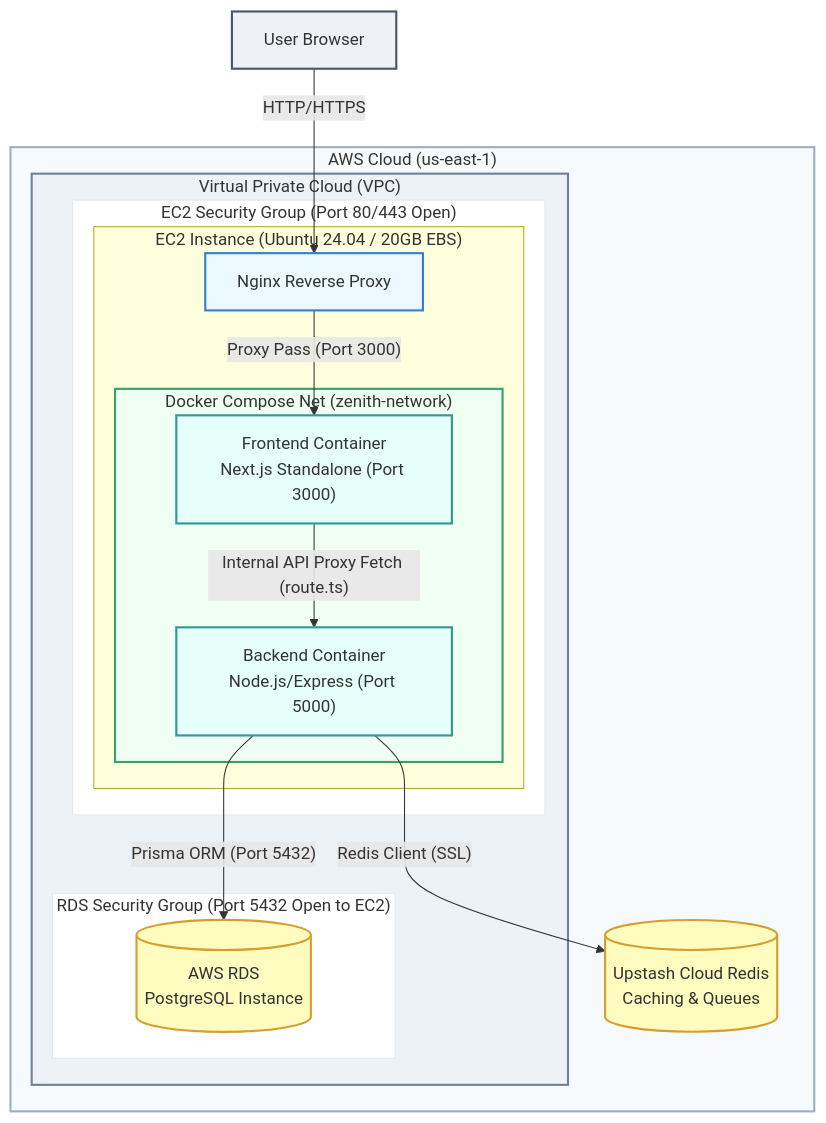
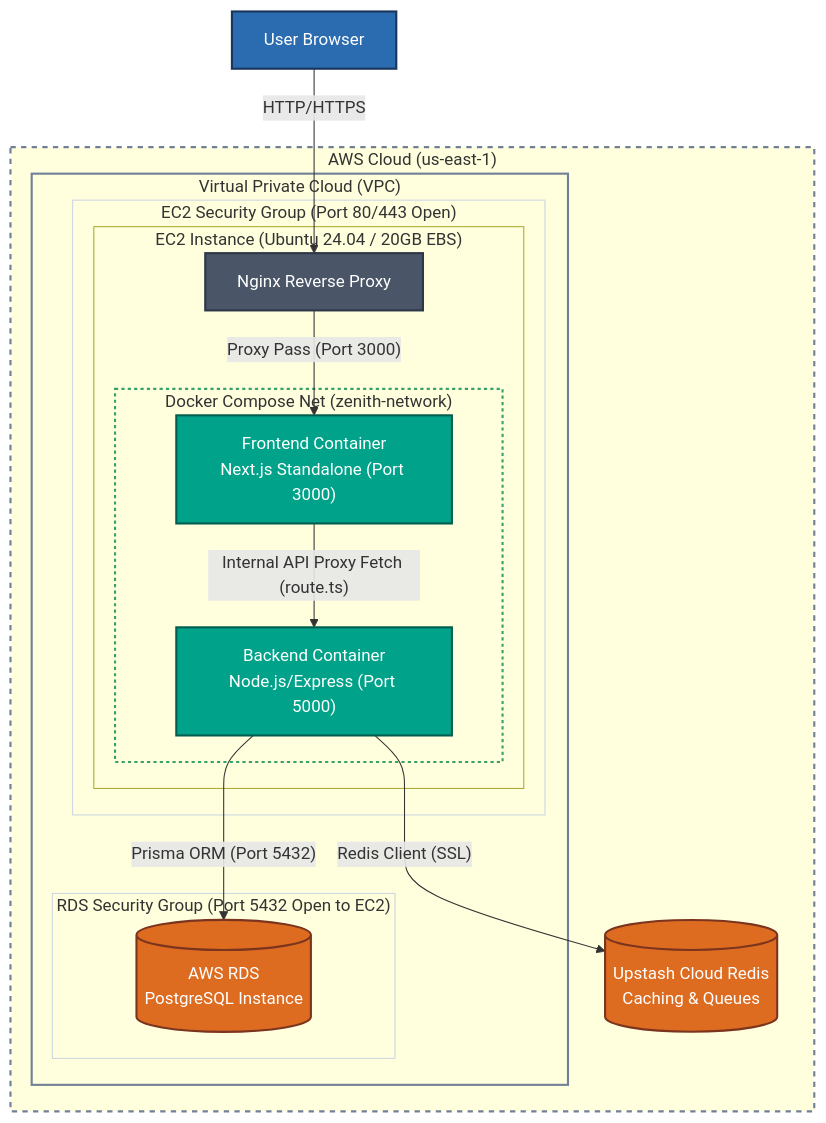
One commit to anoopcodeup/Zenith-Finance changed the diagram in README.md. Above: the diagram before and after it, drawn with Mermaid.

Commit message:
style: optimize architecture diagram for GitHub Dark and Light themes

````diff
--- a/README.md
+++ b/README.md
@@ -106,49 +106,48 @@
 ```mermaid
 graph TD
     %% Define styles and classes
-    classDef client fill:#eef2f7,stroke:#4a5568,stroke-width:2px;
-    classDef boundary fill:#f7fafc,stroke:#cbd5e0,stroke-width:2px,stroke-dasharray: 5 5;
-    classDef server fill:#ebf8ff,stroke:#3182ce,stroke-width:2px;
-    classDef container fill:#e6fffa,stroke:#319795,stroke-width:2px;
-    classDef db fill:#fefcbf,stroke:#d69e2e,stroke-width:2px;
+    classDef client fill:#2b6cb0,stroke:#1a365d,stroke-width:2px,color:#fff;
+    classDef server fill:#4a5568,stroke:#2d3748,stroke-width:2px,color:#fff;
+    classDef container fill:#00a389,stroke:#005e4f,stroke-width:2px,color:#fff;
+    classDef db fill:#dd6b20,stroke:#7b341e,stroke-width:2px,color:#fff;
 
     %% Elements
     Client[User Browser]:::client
 
     subgraph AWS_Cloud ["AWS Cloud (us-east-1)"]
         subgraph VPC ["Virtual Private Cloud (VPC)"]
             
             subgraph SG_EC2 ["EC2 Security Group (Port 80/443 Open)"]
                 subgraph EC2_Host ["EC2 Instance (Ubuntu 24.04 / 20GB EBS)"]
                     Nginx[Nginx Reverse Proxy]:::server
                     
                     subgraph Docker_Compose ["Docker Compose Net (zenith-network)"]
                         Frontend["Frontend Container<br/>Next.js Standalone (Port 3000)"]:::container
                         Backend["Backend Container<br/>Node.js/Express (Port 5000)"]:::container
                     end
                 end
             end
 
             subgraph SG_RDS ["RDS Security Group (Port 5432 Open to EC2)"]
                 RDS[(AWS RDS<br/>PostgreSQL Instance)]:::db
             end
 
         end
         
         Redis[(Upstash Cloud Redis<br/>Caching & Queues)]:::db
     end
 
     %% Routing
     Client -- HTTP/HTTPS --> Nginx
     Nginx -- Proxy Pass (Port 3000) --> Frontend
     Frontend -- Internal API Proxy Fetch (route.ts) --> Backend
     Backend -- Prisma ORM (Port 5432) --> RDS
     Backend -- Redis Client (SSL) --> Redis
 
     %% Appending styles
-    style AWS_Cloud fill:#f7fafc,stroke:#a0aec0,stroke-width:2px
-    style VPC fill:#edf2f7,stroke:#718096,stroke-width:2px
-    style SG_EC2 fill:#fff,stroke:#e2e8f0,stroke-width:1px
-    style SG_RDS fill:#fff,stroke:#e2e8f0,stroke-width:1px
-    style Docker_Compose fill:#f0fff4,stroke:#38a169,stroke-width:2px
+    style AWS_Cloud stroke:#718096,stroke-width:2px,stroke-dasharray: 5 5
+    style VPC stroke:#718096,stroke-width:2px
+    style SG_EC2 stroke:#cbd5e0,stroke-width:1px
+    style SG_RDS stroke:#cbd5e0,stroke-width:1px
+    style Docker_Compose stroke:#38a169,stroke-width:2px,stroke-dasharray: 3 3
 ```
````
